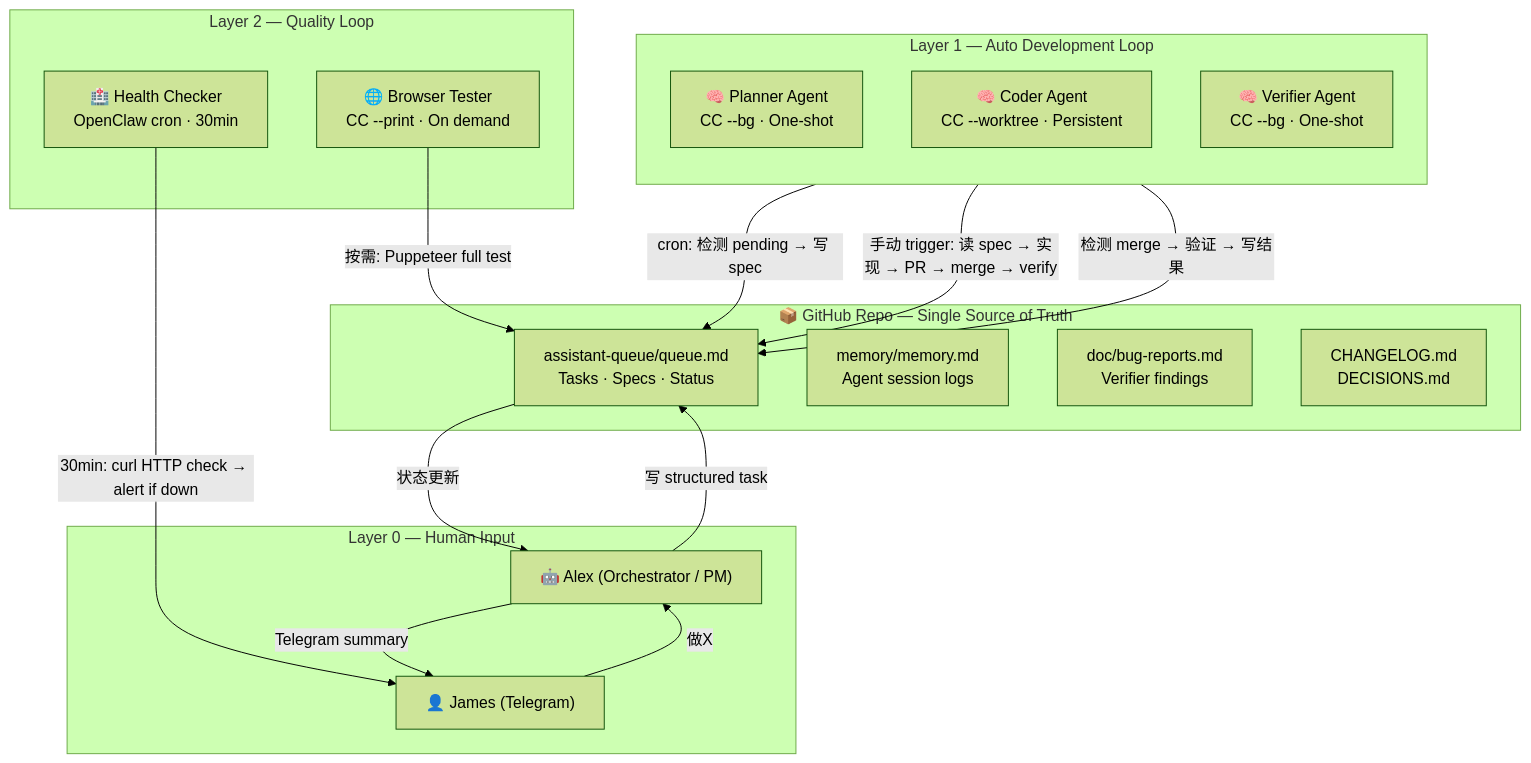
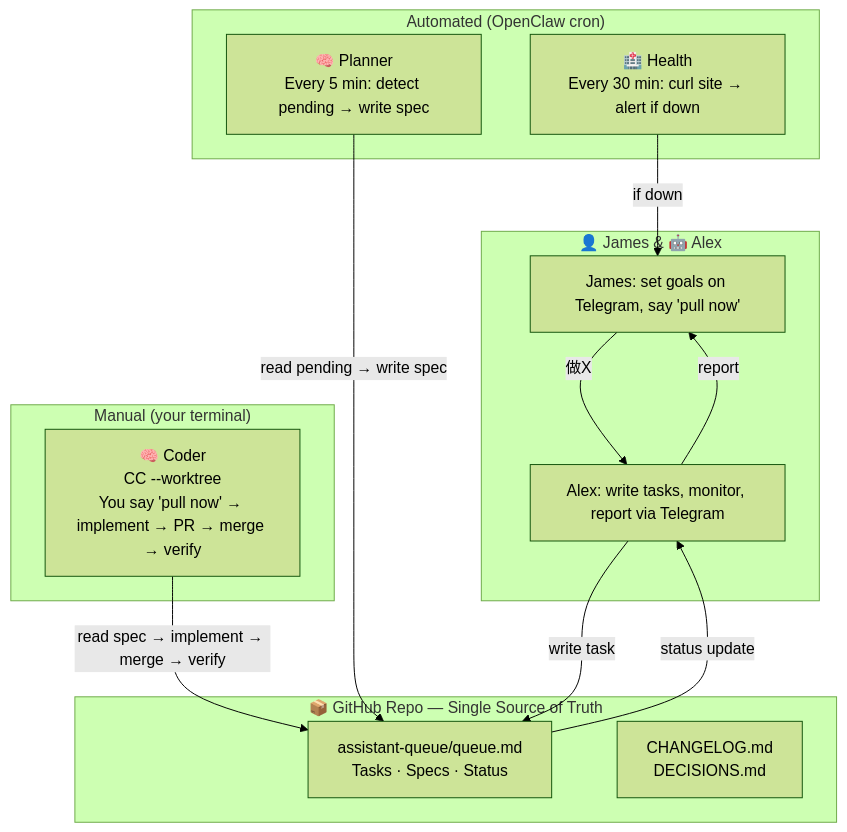
One commit to JamesHuang22/product-tracer changed the first of 3 diagrams in doc/AUTOMATION_SYSTEM.md. Above: the diagram before and after it, drawn with Mermaid (forest theme). The commit also changed other lines of this file and 1 other file, not shown here.

Commit message:
docs: final v2 — all OpenClaw cron, no CC --bg, single Coder

````diff
--- a/doc/AUTOMATION_SYSTEM.md
+++ b/doc/AUTOMATION_SYSTEM.md
@@ -19,38 +20,29 @@
 ```mermaid
 flowchart TB
-    subgraph L0["Layer 0 — Human Input"]
-        J["👤 James (Telegram)"]
-        A["🤖 Alex (Orchestrator / PM)"]
+    subgraph Human["👤 James & 🤖 Alex"]
+        J["James: set goals on Telegram, say 'pull now'"]
+        A["Alex: write tasks, monitor, report via Telegram"]
     end
 
     subgraph Storage["📦 GitHub Repo — Single Source of Truth"]
         Q["assistant-queue/queue.md<br/>Tasks · Specs · Status"]
-        MEM["memory/memory.md<br/>Agent session logs"]
-        DOC["doc/bug-reports.md<br/>Verifier findings"]
         CH["CHANGELOG.md<br/>DECISIONS.md"]
     end
 
-    subgraph L1["Layer 1 — Auto Development Loop"]
-        direction TB
-        P["🧠 Planner Agent<br/>CC --bg · One-shot"]
-        C["🧠 Coder Agent<br/>CC --worktree · Persistent"]
-        V["🧠 Verifier Agent<br/>CC --bg · One-shot"]
+    subgraph Auto["Automated (OpenClaw cron)"]
+        P["🧠 Planner<br/>Every 5 min: detect pending → write spec"]
+        H["🏥 Health<br/>Every 30 min: curl site → alert if down"]
     end
 
-    subgraph L2["Layer 2 — Quality Loop"]
-        H["🏥 Health Checker<br/>OpenClaw cron · 30min"]
-        B["🌐 Browser Tester<br/>CC --print · On demand"]
+    subgraph Manual["Manual (your terminal)"]
+        C["🧠 Coder<br/>CC --worktree<br/>You say 'pull now' → implement → PR → merge → verify"]
     end
 
     J -->|"做X"| A
-    A -->|"写 structured task"| Q
-
-    P -->|"cron: 检测 pending → 写 spec"| Q
-    C -->|"手动 trigger: 读 spec → 实现 → PR → merge → verify"| Q
-    V -->|"检测 merge → 验证 → 写结果"| Q
-    H -->|"30min: curl HTTP check → alert if down"| J
-    B -->|"按需: Puppeteer full test"| Q
-
-    Q -->|"状态更新"| A
-    A -->|"Telegram summary"| J
+    A -->|"write task"| Q
+    P -->|"read pending → write spec"| Q
+    C -->|"read spec → implement → merge → verify"| Q
+    H -->|"if down"| J
+    Q -->|"status update"| A
+    A -->|"report"| J
 ```
````
